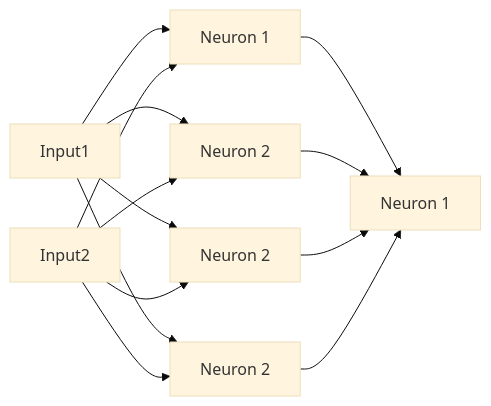
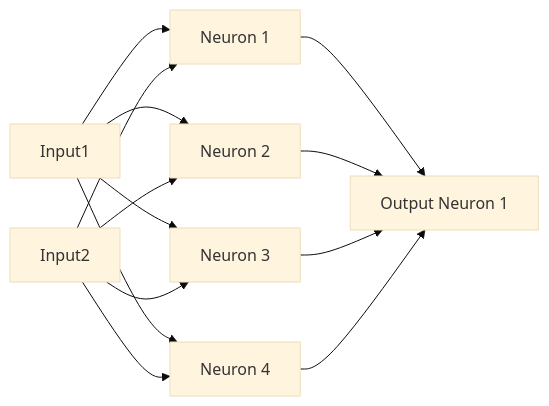
Before and after one commit to vesas/java-nn: the diagram in README.md, drawn with Mermaid (base theme).

````diff
--- a/README.md
+++ b/README.md
@@ -30,16 +30,16 @@
 ```mermaid
 graph LR;
 Input1 --> L1_N1[Neuron 1]
 Input2 --> L1_N1[Neuron 1]
 Input1 --> L1_N2[Neuron 2]
 Input2 --> L1_N2[Neuron 2]
 Input1 --> L1_N3[Neuron 3]
 Input2 --> L1_N3[Neuron 3]
 Input1 --> L1_N4[Neuron 4]
 Input2 --> L1_N4[Neuron 4]
 
-L1_N1[Neuron 1] --> L2_N1[Neuron 1]
-L1_N2[Neuron 2] --> L2_N1[Neuron 1]
-L1_N3[Neuron 2] --> L2_N1[Neuron 1]
-L1_N4[Neuron 2] --> L2_N1[Neuron 1]
+L1_N1[Neuron 1] --> L2_N1[Output Neuron 1]
+L1_N2[Neuron 2] --> L2_N1[Output Neuron 1]
+L1_N3[Neuron 3] --> L2_N1[Output Neuron 1]
+L1_N4[Neuron 4] --> L2_N1[Output Neuron 1]
 ```
````
